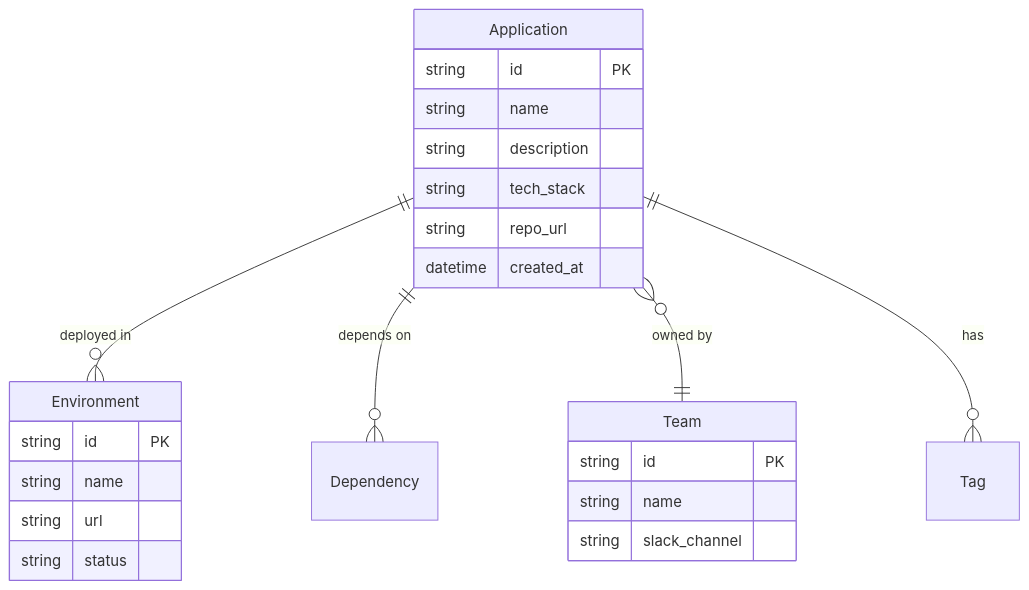
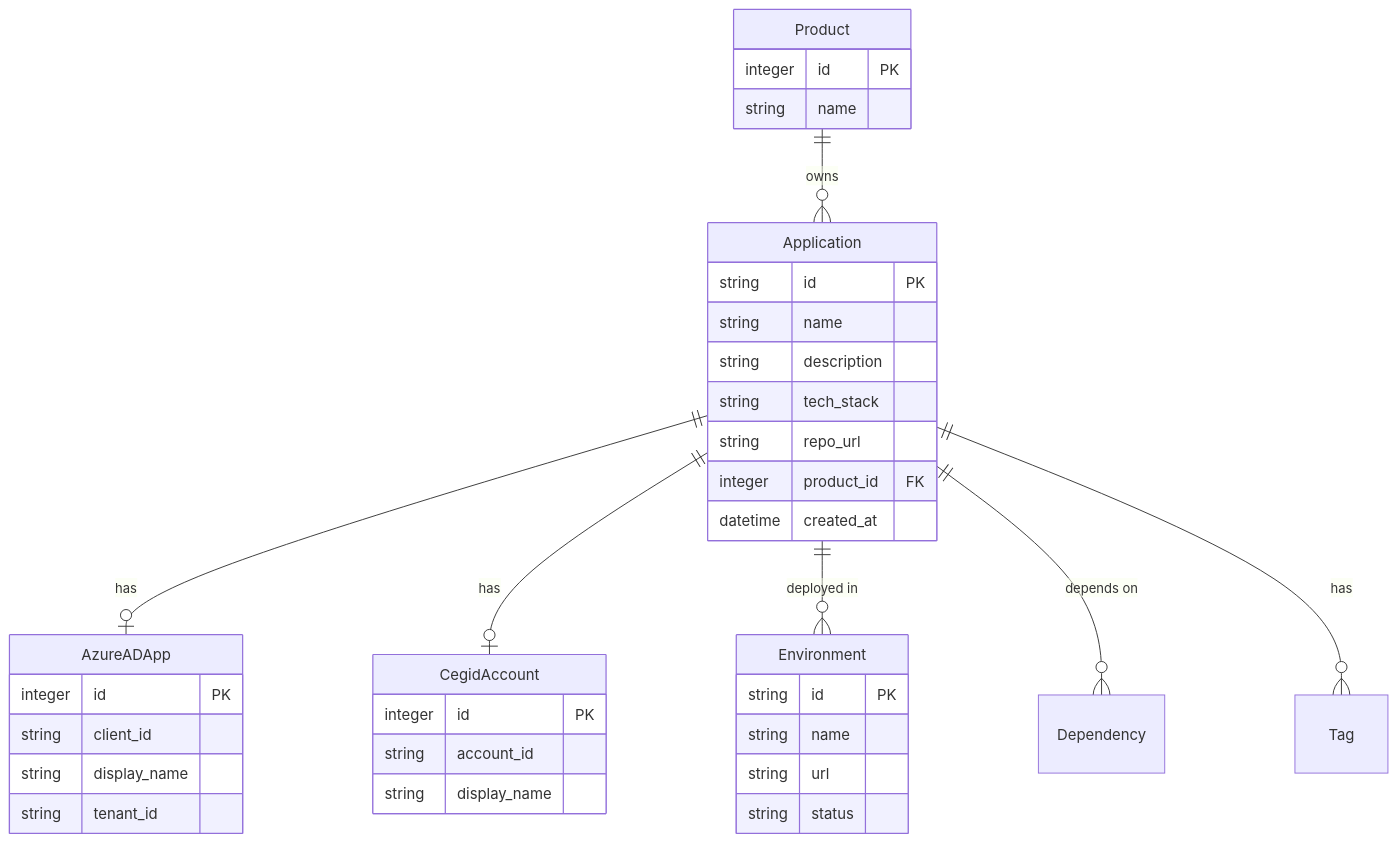
The diagram in docs/_Engineering/application-registry.md (AlexandreRgx/nexus-docs), drawn with Mermaid before and after one commit. The commit also changed other lines of this file and 39 other files, not shown here.

````diff
--- a/docs/_Engineering/application-registry.md
+++ b/docs/_Engineering/application-registry.md
@@ -22,29 +23,44 @@
 ```mermaid
 erDiagram
+    Product ||--o{ Application : "owns"
+    Application ||--o| AzureADApp : "has"
+    Application ||--o| CegidAccount : "has"
     Application ||--o{ Environment : "deployed in"
     Application ||--o{ Dependency : "depends on"
-    Application }o--|| Team : "owned by"
     Application ||--o{ Tag : "has"
+
+    Product {
+        integer id PK
+        string name
+    }
 
     Application {
         string id PK
         string name
         string description
         string tech_stack
         string repo_url
+        integer product_id FK
         datetime created_at
     }
 
-    Team {
-        string id PK
-        string name
-        string slack_channel
+    AzureADApp {
+        integer id PK
+        string client_id
+        string display_name
+        string tenant_id
+    }
+
+    CegidAccount {
+        integer id PK
+        string account_id
+        string display_name
     }
 
     Environment {
         string id PK
         string name
         string url
         string status
     }
 ```
````
